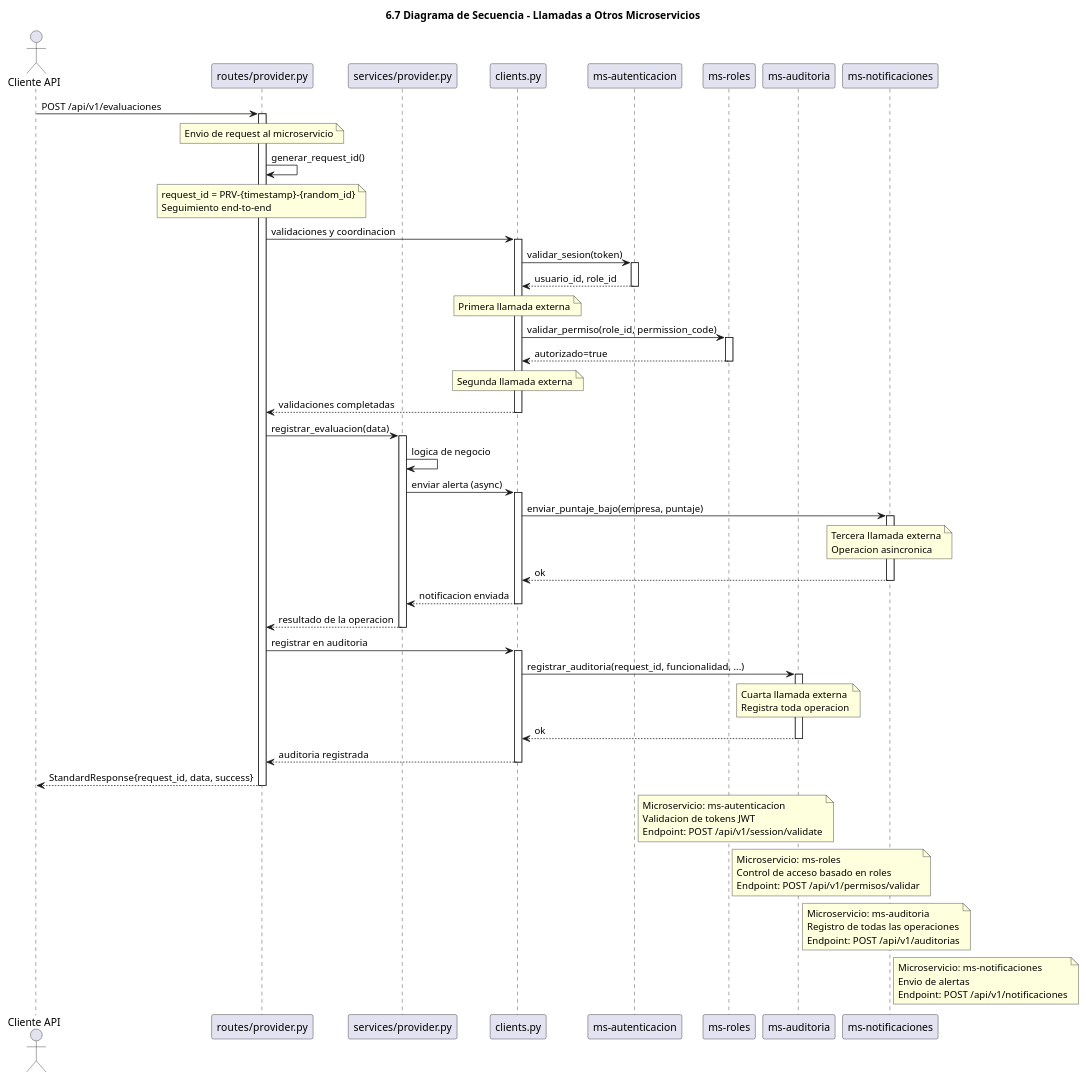
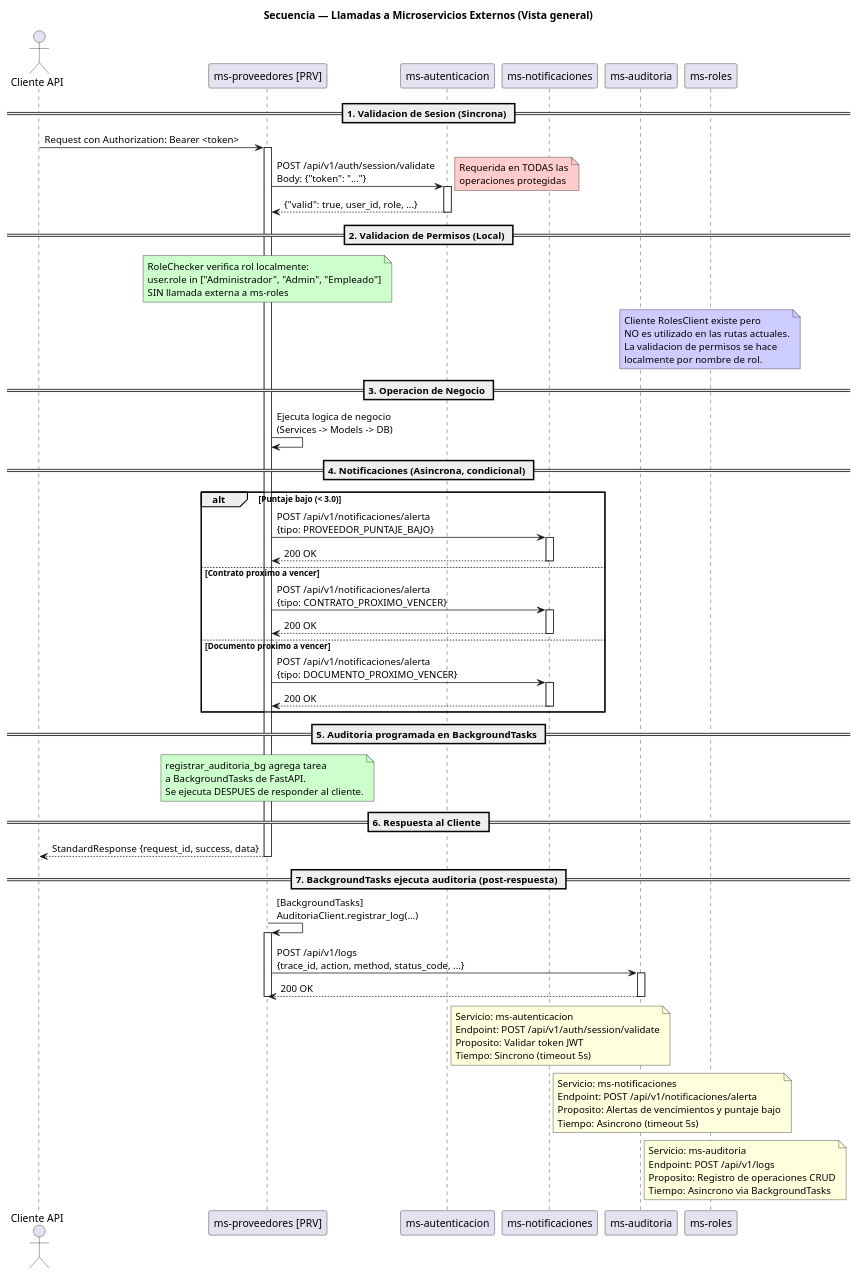
The diagram in docs/uml/secuencia_microservicios.puml (Reluckycf/ms-proveedores), drawn with PlantUML before and after one commit. The commit also changed 33 other files, not shown here.

Commit message:
agregado y modificado docs, documento de arquitectura, cambios a diagramas uml y exportados a pdf y png

```diff
--- a/docs/uml/secuencia_microservicios.puml
+++ b/docs/uml/secuencia_microservicios.puml
@@ -1,119 +1,100 @@
 @startuml
-title 6.7 Diagrama de Secuencia - Llamadas a Otros Microservicios
+title Secuencia — Llamadas a Microservicios Externos (Vista general)
 
 actor "Cliente API" as Cliente
-participant "routes/provider.py" as Routes
-participant "services/provider.py" as Service
-participant "clients.py" as Clients
+participant "ms-proveedores [PRV]" as PRV
 participant "ms-autenticacion" as AUTH
+participant "ms-notificaciones" as NOTIF
+participant "ms-auditoria" as AUDIT
 participant "ms-roles" as ROLES
-participant "ms-auditoria" as AUDIT
-participant "ms-notificaciones" as NOTIF
 
-Cliente -> Routes: POST /api/v1/evaluaciones
-activate Routes
+== 1. Validacion de Sesion (Sincrona) ==
+Cliente -> PRV : Request con Authorization: Bearer <token>
+activate PRV
 
-note over Routes
-Envio de request al microservicio
+PRV -> AUTH : POST /api/v1/auth/session/validate\nBody: {"token": "..."}
+activate AUTH
+note right #ffcccc
+Requerida en TODAS las
+operaciones protegidas
+end note
+AUTH --> PRV : {"valid": true, user_id, role, ...}
+deactivate AUTH
+
+== 2. Validacion de Permisos (Local) ==
+note over PRV #ccffcc
+RoleChecker verifica rol localmente:
+user.role in ["Administrador", "Admin", "Empleado"]
+SIN llamada externa a ms-roles
 end note
 
-Routes -> Routes: generar_request_id()
-note over Routes
-request_id = PRV-{timestamp}-{random_id}
-Seguimiento end-to-end
+note over ROLES #ccccff
+Cliente RolesClient existe pero
+NO es utilizado en las rutas actuales.
+La validacion de permisos se hace
+localmente por nombre de rol.
 end note
 
-Routes -> Clients: validaciones y coordinacion
-activate Clients
+== 3. Operacion de Negocio ==
+PRV -> PRV : Ejecuta logica de negocio\n(Services -> Models -> DB)
 
-Clients -> AUTH: validar_sesion(token)
-activate AUTH
-AUTH --> Clients: usuario_id, role_id
-deactivate AUTH
+== 4. Notificaciones (Asincrona, condicional) ==
+alt Puntaje bajo (< 3.0)
+  PRV -> NOTIF : POST /api/v1/notificaciones/alerta\n{tipo: PROVEEDOR_PUNTAJE_BAJO}
+  activate NOTIF
+  NOTIF --> PRV : 200 OK
+  deactivate NOTIF
+else Contrato proximo a vencer
+  PRV -> NOTIF : POST /api/v1/notificaciones/alerta\n{tipo: CONTRATO_PROXIMO_VENCER}
+  activate NOTIF
+  NOTIF --> PRV : 200 OK
+  deactivate NOTIF
+else Documento proximo a vencer
+  PRV -> NOTIF : POST /api/v1/notificaciones/alerta\n{tipo: DOCUMENTO_PROXIMO_VENCER}
+  activate NOTIF
+  NOTIF --> PRV : 200 OK
+  deactivate NOTIF
+end
 
-note over Clients
-Primera llamada externa
+== 5. Auditoria programada en BackgroundTasks ==
+note over PRV #ccffcc
+registrar_auditoria_bg agrega tarea
+a BackgroundTasks de FastAPI.
+Se ejecuta DESPUES de responder al cliente.
 end note
 
-Clients -> ROLES: validar_permiso(role_id, permission_code)
-activate ROLES
-ROLES --> Clients: autorizado=true
-deactivate ROLES
+== 6. Respuesta al Cliente ==
+PRV --> Cliente : StandardResponse {request_id, success, data}
+deactivate PRV
 
-note over Clients
-Segunda llamada externa
+== 7. BackgroundTasks ejecuta auditoria (post-respuesta) ==
+PRV -> PRV : [BackgroundTasks]\nAuditoriaClient.registrar_log(...)
+activate PRV
+PRV -> AUDIT : POST /api/v1/logs\n{trace_id, action, method, status_code, ...}
+activate AUDIT
+AUDIT --> PRV : 200 OK
+deactivate AUDIT
+deactivate PRV
+
+note right of AUTH
+Servicio: ms-autenticacion
+Endpoint: POST /api/v1/auth/session/validate
+Proposito: Validar token JWT
+Tiempo: Sincrono (timeout 5s)
 end note
 
-Clients --> Routes: validaciones completadas
-deactivate Clients
-
-Routes -> Service: registrar_evaluacion(data)
-activate Service
-
-Service -> Service: logica de negocio
-
-Service -> Clients: enviar alerta (async)
-activate Clients
-
-Clients -> NOTIF: enviar_puntaje_bajo(empresa, puntaje)
-activate NOTIF
-
-note over NOTIF
-Tercera llamada externa
-Operacion asincronica
-end note
-
-NOTIF --> Clients: ok
-deactivate NOTIF
-
-Clients --> Service: notificacion enviada
-deactivate Clients
-
-Service --> Routes: resultado de la operacion
-deactivate Service
-
-Routes -> Clients: registrar en auditoria
-activate Clients
-
-Clients -> AUDIT: registrar_auditoria(request_id, funcionalidad, ...)
-activate AUDIT
-
-note over AUDIT
-Cuarta llamada externa
-Registra toda operacion
-end note
-
-AUDIT --> Clients: ok
-deactivate AUDIT
-
-Clients --> Routes: auditoria registrada
-deactivate Clients
-
-Routes --> Cliente: StandardResponse{request_id, data, success}
-deactivate Routes
-
-note right of AUTH
-Microservicio: ms-autenticacion
-Validacion de tokens JWT
-Endpoint: POST /api/v1/session/validate
-end note
-
-note right of ROLES
-Microservicio: ms-roles
-Control de acceso basado en roles
-Endpoint: POST /api/v1/permisos/validar
+note right of NOTIF
+Servicio: ms-notificaciones
+Endpoint: POST /api/v1/notificaciones/alerta
+Proposito: Alertas de vencimientos y puntaje bajo
+Tiempo: Asincrono (timeout 5s)
 end note
 
 note right of AUDIT
-Microservicio: ms-auditoria
-Registro de todas las operaciones
-Endpoint: POST /api/v1/auditorias
-end note
-
-note right of NOTIF
-Microservicio: ms-notificaciones
-Envio de alertas
-Endpoint: POST /api/v1/notificaciones
+Servicio: ms-auditoria
+Endpoint: POST /api/v1/logs
+Proposito: Registro de operaciones CRUD
+Tiempo: Asincrono via BackgroundTasks
 end note
 
 @enduml
```
